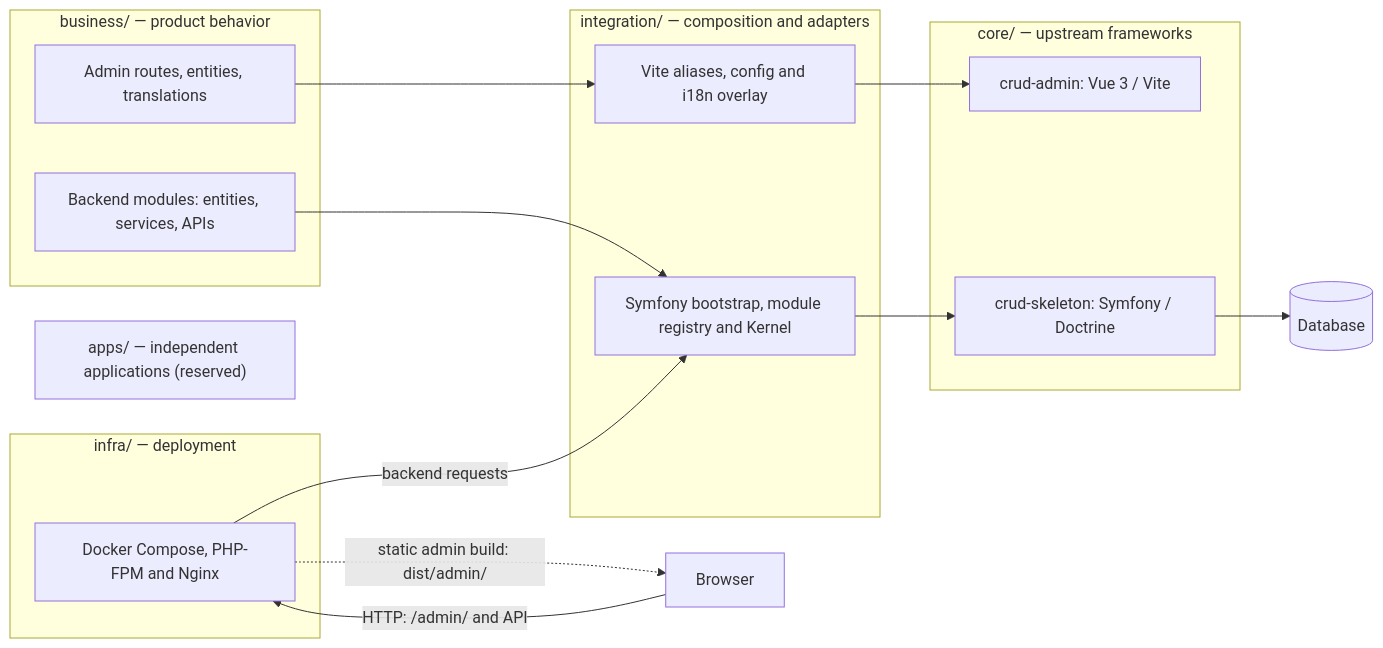
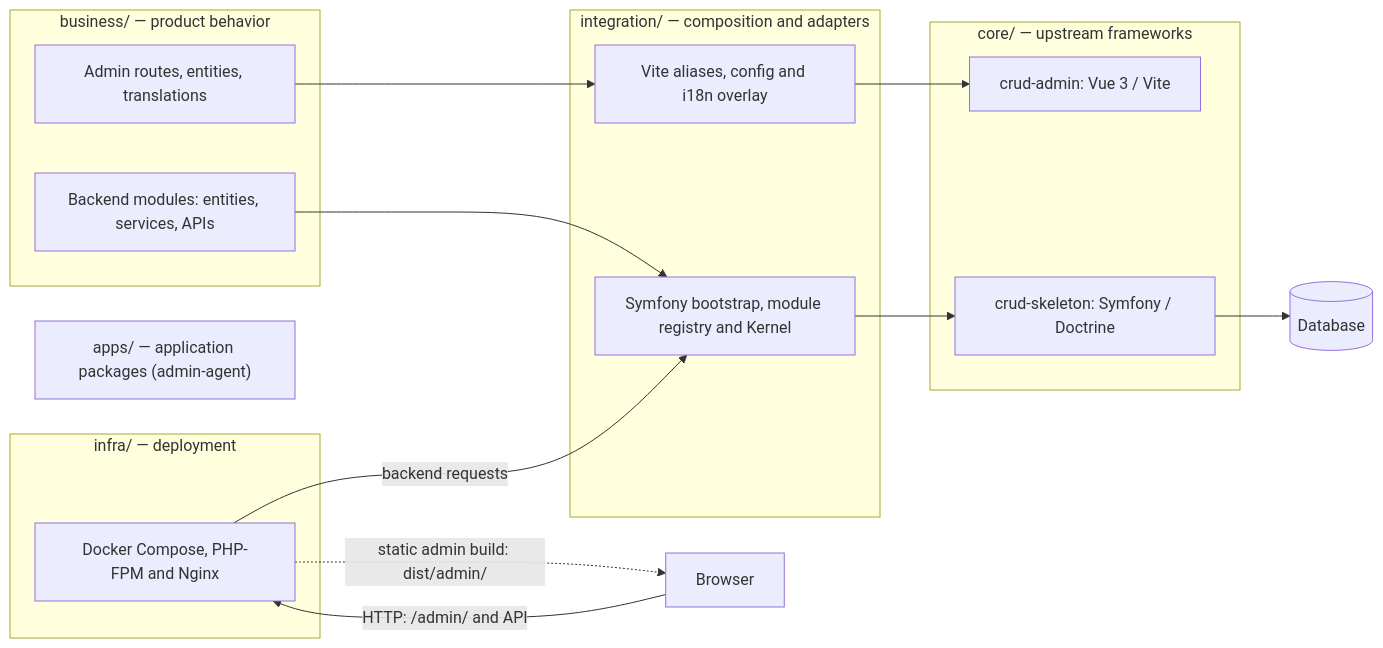
The diagram in README.md (dream-studio-china/ns-ultimate), drawn with Mermaid before and after one commit. The commit also changed other lines of this file and 9 other files, not shown here.

````diff
--- a/README.md
+++ b/README.md
@@ -42,31 +42,31 @@
 ```mermaid
 flowchart LR
     subgraph business["business/ — product behavior"]
         BA["Admin routes, entities, translations"]
         BB["Backend modules: entities, services, APIs"]
     end
 
     subgraph integration["integration/ — composition and adapters"]
         IA["Vite aliases, config and i18n overlay"]
         IB["Symfony bootstrap, module registry and Kernel"]
     end
 
     subgraph core["core/ — upstream frameworks"]
         CA["crud-admin: Vue 3 / Vite"]
         CB["crud-skeleton: Symfony / Doctrine"]
     end
 
     subgraph infra["infra/ — deployment"]
         ID["Docker Compose, PHP-FPM and Nginx"]
     end
 
-    Apps["apps/ — independent applications (reserved)"]
+    Apps["apps/ — application packages (admin-agent)"]
     Browser["Browser"]
 
     BA --> IA --> CA
     BB --> IB --> CB
     Browser -->|"HTTP: /admin/ and API"| ID
     ID -.->|"static admin build: dist/admin/"| Browser
     ID -->|"backend requests"| IB
     CB --> DB[("Database")]
 ```
````
